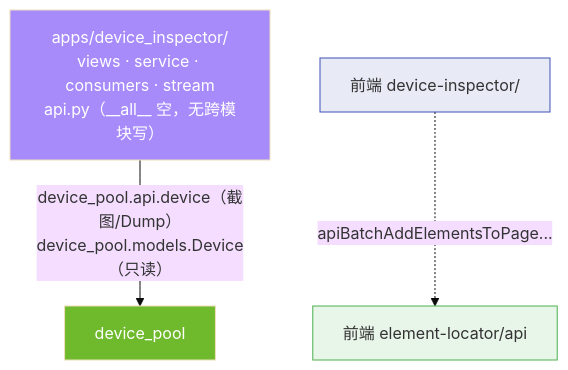
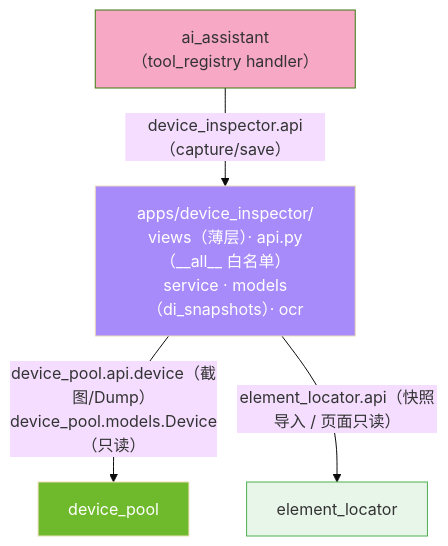
One commit to Kahoku-lazy/Android-AutoTests changed the second of 5 diagrams in dev_docs/03-设计与架构/ARCH-03-设备检查器.md. Above: the diagram before and after it, drawn with Mermaid (base theme). The commit also changed other lines of this file and 53 other files, not shown here.

````diff
--- a/dev_docs/03-设计与架构/ARCH-03-设备检查器.md
+++ b/dev_docs/03-设计与架构/ARCH-03-设备检查器.md
@@ -69,13 +70,13 @@
 ```mermaid
 flowchart TD
-    DI["apps/device_inspector/<br/>views · service · consumers · stream<br/>api.py（__all__ 空，无跨模块写）"]
+    DI["apps/device_inspector/<br/>views（薄层）· api.py（__all__ 白名单）<br/>service · models（di_snapshots）· ocr"]
 
     DI -->|"device_pool.api.device（截图/Dump）<br/>device_pool.models.Device（只读）"| DP["device_pool"]
-
-    FE_DI["前端 device-inspector/"] -.->|"apiBatchAddElementsToPage..."| FE_EL["前端 element-locator/api"]
+    DI -->|"element_locator.api（快照导入 / 页面只读）"| EL["element_locator"]
+    AI["ai_assistant（tool_registry handler）"] -->|"device_inspector.api（capture/save）"| DI
 
     style DI fill:#a78bfa,color:#fff
     style DP fill:#6fba2c,color:#fff
-    style FE_DI fill:#e8eaf6,stroke:#3f51b5
-    style FE_EL fill:#e8f5e9,stroke:#4caf50
+    style EL fill:#e8f5e9,stroke:#4caf50
+    style AI fill:#f7a8c4,stroke:#3a7a10
 ```
````
